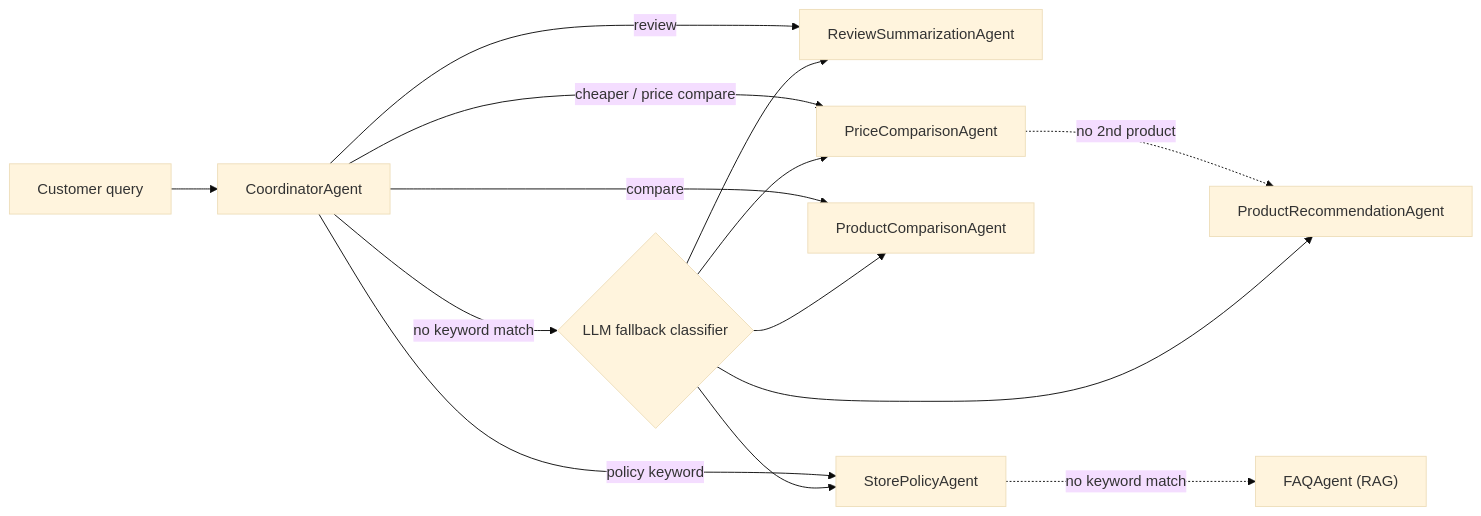
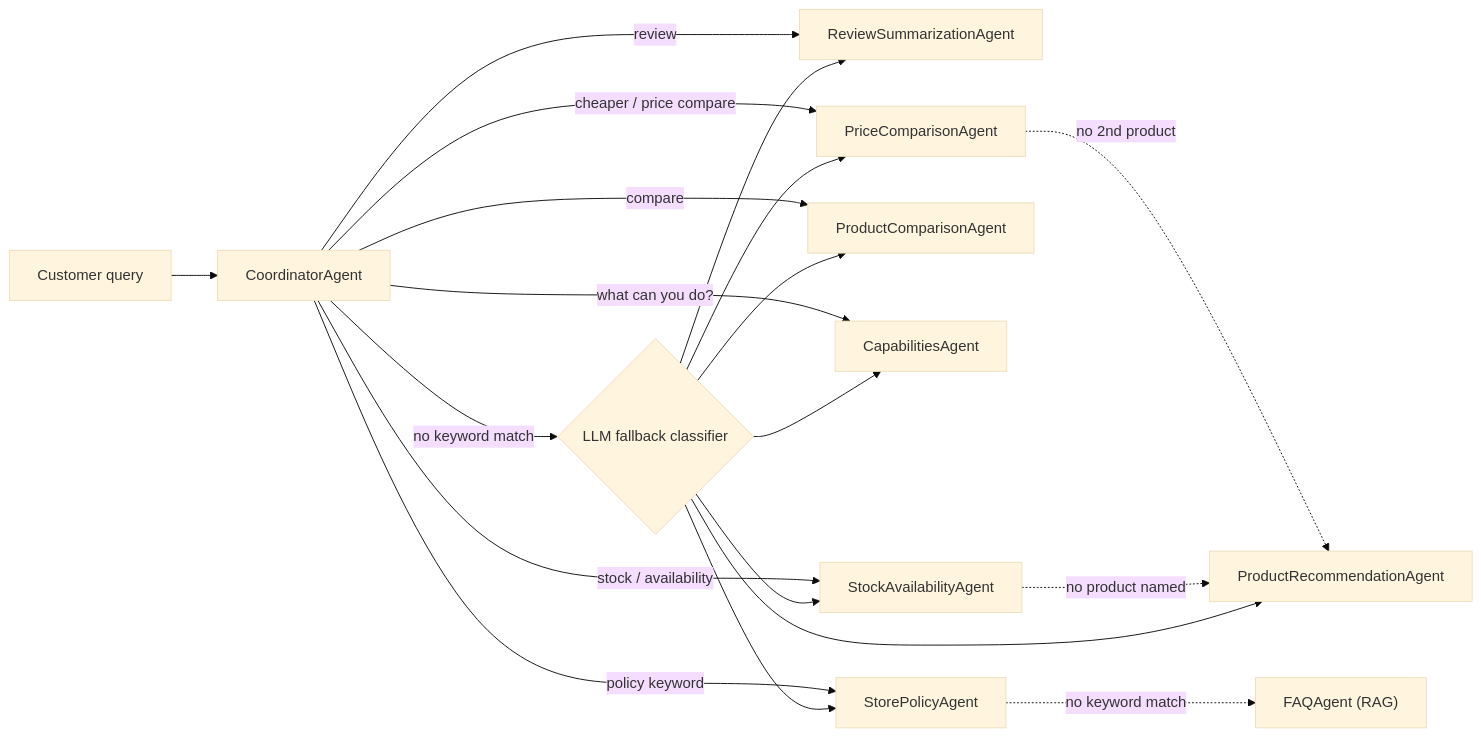
The diagram in README.md (Tegdam/pickr_ai), drawn with Mermaid (base theme) before and after one commit. The commit also changed other lines of this file and 1 other file, not shown here.

First line of the commit message:
docs: update README and report for the eight-agent architecture

````diff
--- a/README.md
+++ b/README.md
@@ -17,16 +17,21 @@
 ```mermaid
 flowchart LR
     Q[Customer query] --> C[CoordinatorAgent]
     C -->|"review"| RSA[ReviewSummarizationAgent]
     C -->|"cheaper" / price compare| PCA[PriceComparisonAgent]
     PCA -. no 2nd product .-> PRA[ProductRecommendationAgent]
     C -->|"compare"| PRCA[ProductComparisonAgent]
+    C -->|"what can you do?"| CAP[CapabilitiesAgent]
+    C -->|"stock" / availability| STK[StockAvailabilityAgent]
+    STK -. no product named .-> PRA
     C -->|policy keyword| SPA[StorePolicyAgent]
     SPA -. no keyword match .-> FAQ["FAQAgent (RAG)"]
     C -->|no keyword match| LLM{LLM fallback classifier}
     LLM --> RSA
     LLM --> PCA
     LLM --> PRCA
     LLM --> SPA
     LLM --> PRA
+    LLM --> CAP
+    LLM --> STK
 ```
````
